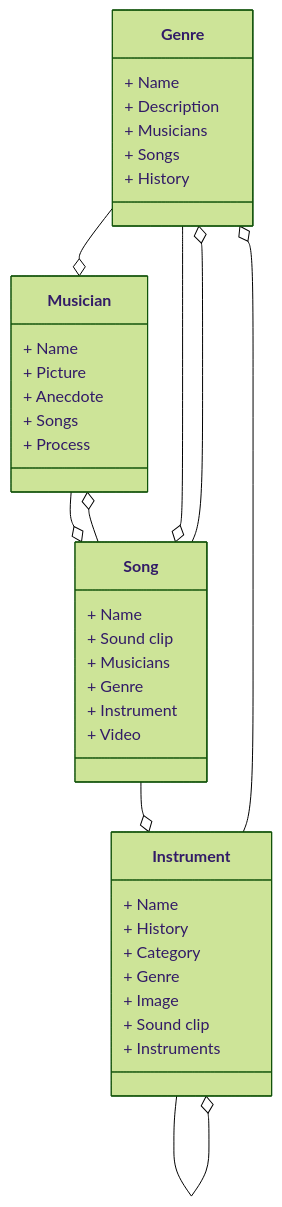
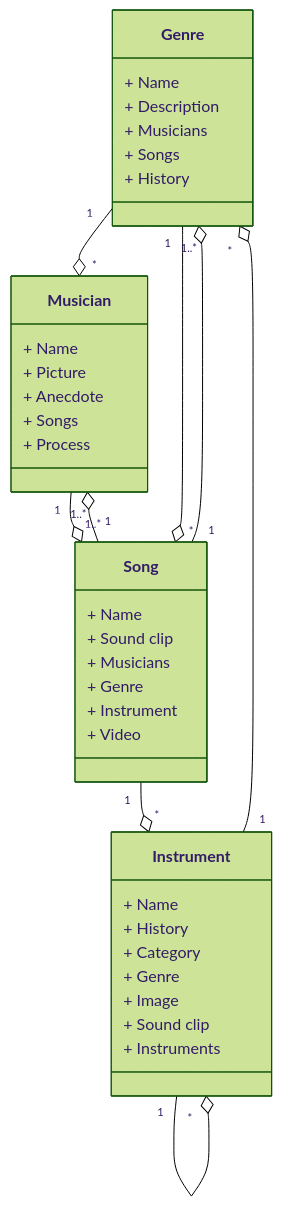
One commit to travis-kuenzi/Mongo-Driven-Website-Term-Project changed the diagram in README.md. Above: the diagram before and after it, drawn with Mermaid (forest theme).

Commit message:
wk6 mermaid graph update

````diff
--- a/README.md
+++ b/README.md
@@ -11,51 +11,51 @@
 ```mermaid
 classDiagram 
     class Genre {
       + Name
       + Description
       + Musicians
       + Songs
       + History
     }
 
     class Musician {
       + Name
       + Picture
       + Anecdote
       + Songs
       + Process
     }
 
     class Song {
       + Name
       + Sound clip
       + Musicians
       + Genre
       + Instrument
       + Video
     }
 
     class Instrument {
       + Name
       + History
       + Category
       + Genre
       + Image
       + Sound clip
       
       + Instruments
     }
 
     %%Links between entities - don't worry too much about details
-    Musician --o Song
+    Musician "1" --o "1..*" Song 
 
-    Genre --o Musician
-    Genre --o Song
+    Genre "1" --o "*" Musician
+    Genre "1" --o "*" Song
 
-    Song --o Musician
-    Song --o Genre
-    Song --o Instrument
+    Song "1" --o "1..*" Musician
+    Song "1" --o "1..*" Genre
+    Song "1" --o "*" Instrument
 
-    Instrument --o Genre
-    Instrument --o Instrument
+    Instrument "1" --o "*" Genre
+    Instrument "1" --o "*" Instrument
 ```
````
